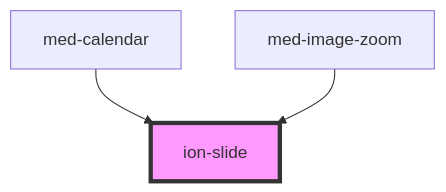
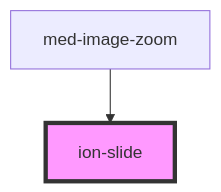
The diagram in core/src/components/slide/readme.md (MEDGRUPOGIT/ionic-framework-1), drawn with Mermaid before and after one commit. The commit also changed other lines of this file and 19 other files, not shown here.

````diff
--- a/core/src/components/slide/readme.md
+++ b/core/src/components/slide/readme.md
@@ -21,6 +20,5 @@
 ```mermaid
 graph TD;
-  med-calendar --> ion-slide
   med-image-zoom --> ion-slide
   style ion-slide fill:#f9f,stroke:#333,stroke-width:4px
 ```
````
